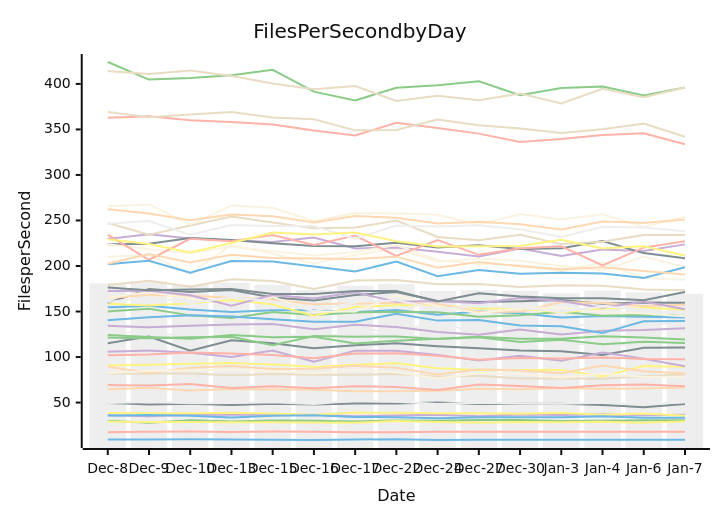
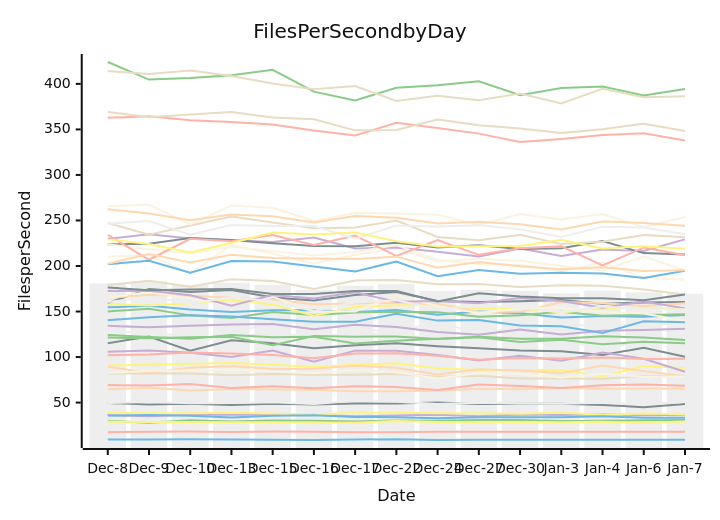
One commit to streetsidesoftware/cspell changed the diagram in perf-report.md. Above: the diagram before and after it, drawn with Mermaid (neutral theme). The commit also changed other lines of this file and 1 other file, not shown here.

````diff
--- a/perf-report.md
+++ b/perf-report.md
@@ -10,57 +10,57 @@
 ```mermaid
 xychart-beta
     title Files Per Second by Day
     y-axis Files per Second
     x-axis Date [Dec-8, Dec-9, Dec-10, Dec-13, Dec-15, Dec-16, Dec-17, Dec-22, Dec-24, Dec-27, Dec-30, Jan-3, Jan-4, Jan-6, Jan-7]
-    bar [180.95, 182.95, 179.19, 181.65, 179.36, 173.64, 178.43, 180.09, 172.48, 173.54, 172.79, 170.07, 172.98, 171.06, 169.41]
+    bar [180.95, 182.95, 179.19, 181.65, 179.36, 173.64, 178.43, 180.09, 172.48, 173.54, 172.79, 170.07, 172.98, 171.06, 169.55]
     line [9.33, 9.47, 9.61, 9.47, 9.27, 8.94, 9.45, 9.78, 8.90, 9.07, 9.12, 9.16, 9.11, 9.12, 9.24]
-    line [30.17, 27.90, 30.55, 29.22, 30.21, 30.10, 29.27, 30.24, 30.04, 30.99, 30.88, 29.79, 30.12, 30.58, 30.57]
-    line [36.16, 34.90, 36.59, 36.61, 36.51, 36.62, 35.07, 35.79, 36.55, 35.09, 36.98, 36.38, 37.08, 36.07, 36.59]
-    line [179.18, 183.86, 177.29, 185.44, 183.45, 174.84, 184.02, 184.52, 180.06, 180.25, 176.99, 178.92, 178.38, 174.22, 173.49]
-    line [17.46, 17.89, 18.13, 17.78, 18.13, 17.93, 17.37, 17.53, 18.08, 17.97, 17.93, 17.83, 17.83, 17.89, 17.87]
-    line [38.54, 38.36, 38.36, 38.81, 38.12, 36.63, 38.97, 38.70, 38.32, 38.26, 37.85, 38.77, 36.54, 38.02, 35.62]
-    line [115.20, 122.48, 107.06, 118.54, 115.18, 109.59, 113.00, 115.03, 111.88, 109.68, 107.07, 106.25, 102.14, 110.16, 110.54]
-    line [64.51, 66.15, 63.18, 64.91, 64.35, 64.10, 62.51, 62.39, 63.01, 65.26, 64.66, 65.89, 65.11, 65.47, 66.63]
-    line [210.15, 212.06, 191.55, 223.01, 213.39, 202.82, 212.32, 219.19, 204.86, 207.97, 205.76, 199.93, 194.96, 210.48, 198.78]
-    line [126.37, 128.11, 121.50, 122.96, 125.85, 122.14, 126.07, 124.95, 119.60, 119.43, 120.64, 117.82, 110.33, 116.53, 120.65]
-    line [154.58, 156.25, 152.15, 149.54, 151.43, 151.38, 149.35, 151.56, 146.50, 150.10, 148.04, 143.32, 145.06, 144.14, 143.40]
-    line [150.14, 153.13, 145.78, 142.78, 149.53, 146.32, 148.93, 149.89, 149.32, 144.39, 145.93, 149.70, 145.36, 146.19, 146.42]
-    line [229.87, 234.86, 230.17, 228.31, 226.27, 231.21, 219.13, 220.31, 215.56, 210.39, 219.17, 210.98, 218.13, 216.47, 223.76]
-    line [81.95, 82.06, 81.96, 79.96, 81.37, 80.53, 80.51, 81.49, 78.49, 79.44, 76.50, 76.34, 76.08, 79.03, 80.79]
-    line [362.78, 364.44, 360.18, 358.05, 355.49, 348.84, 343.31, 357.38, 351.53, 345.39, 336.17, 339.40, 343.93, 345.83, 333.80]
-    line [90.85, 91.43, 92.60, 93.37, 91.85, 89.18, 91.59, 93.06, 87.76, 85.72, 85.81, 85.78, 78.64, 90.27, 89.26]
-    line [223.81, 224.38, 230.73, 228.56, 225.00, 222.02, 221.71, 225.51, 220.33, 222.69, 218.79, 219.63, 227.40, 214.16, 208.46]
-    line [89.44, 82.46, 88.30, 90.18, 86.83, 87.07, 90.37, 88.26, 80.81, 86.47, 85.34, 82.22, 90.61, 84.54, 81.91]
-    line [223.76, 218.34, 214.11, 221.23, 216.34, 211.66, 215.40, 222.98, 206.68, 202.06, 201.20, 194.13, 203.79, 186.99, 184.82]
-    line [138.92, 129.58, 113.42, 125.88, 138.00, 137.98, 133.31, 125.20, 140.89, 123.76, 134.99, 132.64, 137.41, 133.47, 139.69]
-    line [35.78, 36.33, 35.41, 33.56, 35.56, 36.21, 34.19, 33.89, 32.69, 33.95, 33.78, 33.96, 34.86, 33.41, 33.29]
-    line [424.05, 404.78, 406.35, 409.54, 415.50, 391.53, 381.89, 395.71, 398.52, 402.79, 387.60, 395.60, 397.05, 387.31, 395.98]
-    line [134.36, 132.66, 134.27, 135.78, 136.38, 130.55, 135.39, 132.89, 127.54, 124.61, 130.19, 124.72, 128.97, 129.63, 131.55]
-    line [247.23, 234.36, 244.44, 254.37, 247.88, 241.35, 242.19, 249.98, 231.90, 228.38, 234.40, 224.05, 226.75, 234.01, 234.12]
-    line [234.25, 206.87, 229.87, 227.19, 234.07, 222.96, 233.49, 211.10, 228.39, 212.27, 219.38, 221.60, 200.66, 220.18, 227.07]
-    line [158.53, 156.72, 159.18, 162.67, 157.64, 145.39, 155.01, 156.77, 157.19, 153.46, 153.21, 148.91, 153.20, 154.41, 152.06]
-    line [159.51, 174.62, 171.51, 173.65, 165.49, 162.20, 168.07, 171.52, 161.55, 160.38, 161.25, 162.72, 158.59, 160.02, 159.56]
-    line [165.03, 168.12, 167.40, 165.15, 163.12, 158.04, 158.90, 159.56, 158.26, 149.38, 149.63, 160.44, 159.38, 155.94, 157.33]
-    line [265.50, 267.60, 245.47, 266.55, 263.96, 249.42, 258.13, 257.62, 256.30, 245.45, 257.10, 251.12, 256.72, 242.84, 254.26]
-    line [246.33, 249.46, 234.43, 245.12, 243.88, 243.97, 230.01, 244.43, 243.32, 244.74, 240.28, 231.82, 243.15, 242.35, 238.21]
-    line [201.98, 205.78, 192.58, 205.45, 204.82, 199.34, 194.10, 204.78, 188.75, 195.62, 191.45, 192.64, 191.68, 186.85, 198.57]
-    line [121.45, 120.76, 121.79, 122.20, 112.97, 123.23, 122.39, 122.57, 119.82, 121.66, 116.64, 119.03, 114.16, 116.74, 115.44]
-    line [105.91, 107.21, 104.66, 100.11, 107.13, 94.87, 107.05, 106.83, 102.33, 96.35, 101.39, 95.92, 105.11, 98.16, 89.91]
-    line [414.20, 410.80, 414.80, 408.65, 400.36, 394.11, 397.72, 381.16, 387.10, 382.18, 389.40, 378.43, 394.66, 385.25, 396.01]
-    line [101.95, 102.69, 105.10, 103.83, 102.19, 98.64, 104.01, 104.04, 101.53, 97.16, 99.08, 98.33, 99.60, 97.96, 97.48]
-    line [29.10, 28.75, 28.65, 28.35, 28.26, 28.09, 27.81, 29.86, 28.77, 27.94, 28.71, 28.29, 28.89, 27.76, 29.36]
-    line [49.59, 47.97, 48.84, 47.30, 48.59, 47.94, 49.07, 48.96, 49.98, 48.46, 48.82, 48.74, 47.38, 44.97, 48.48]
-    line [262.31, 257.60, 250.13, 256.58, 254.55, 247.67, 254.88, 252.93, 246.70, 248.73, 245.95, 240.13, 248.92, 247.35, 251.03]
-    line [165.08, 171.54, 164.38, 156.51, 166.27, 150.03, 149.99, 167.61, 155.99, 148.15, 153.37, 154.17, 149.42, 147.86, 144.77]
-    line [49.51, 50.73, 49.15, 49.54, 50.29, 48.39, 51.90, 50.84, 48.41, 49.94, 48.88, 48.70, 49.88, 48.16, 50.45]
-    line [140.38, 143.82, 145.78, 144.45, 141.51, 138.80, 138.75, 147.65, 140.01, 140.67, 134.58, 133.84, 126.46, 139.31, 139.70]
-    line [124.16, 122.14, 120.17, 124.20, 121.82, 122.30, 114.99, 117.98, 119.98, 122.26, 120.11, 120.07, 122.96, 121.36, 119.38]
-    line [172.44, 172.82, 167.78, 156.48, 168.20, 164.35, 171.17, 160.66, 161.47, 159.18, 164.75, 161.43, 154.09, 160.97, 152.39]
-    line [369.08, 363.46, 366.29, 369.00, 363.03, 361.09, 348.96, 349.43, 360.81, 354.60, 350.95, 345.98, 350.21, 356.35, 342.03]
-    line [69.32, 68.69, 70.43, 66.11, 67.91, 65.71, 68.06, 67.11, 63.78, 69.83, 68.15, 65.99, 69.11, 69.77, 68.06]
-    line [229.24, 224.19, 214.79, 225.36, 236.86, 234.70, 236.77, 227.25, 221.39, 221.64, 222.00, 228.77, 219.30, 221.68, 211.59]
-    line [176.41, 173.41, 174.24, 174.74, 169.36, 169.15, 172.44, 172.46, 160.97, 170.04, 166.42, 164.47, 164.70, 162.35, 171.33]
-    line [202.50, 213.14, 203.97, 212.22, 208.88, 208.37, 207.77, 210.28, 198.12, 204.40, 199.78, 196.30, 198.61, 194.45, 190.76]
-    line [82.54, 84.79, 85.17, 86.33, 84.51, 82.32, 85.67, 83.25, 76.44, 82.43, 81.41, 77.52, 81.68, 78.20, 78.38]
-    line [160.40, 166.00, 159.37, 165.42, 161.29, 150.68, 160.30, 162.32, 152.82, 156.10, 154.49, 149.59, 155.51, 152.61, 146.50]
+    line [30.17, 27.90, 30.55, 29.22, 30.21, 30.10, 29.27, 30.24, 30.04, 30.99, 30.88, 29.79, 30.12, 30.58, 30.78]
+    line [36.16, 34.90, 36.59, 36.61, 36.51, 36.62, 35.07, 35.79, 36.55, 35.09, 36.98, 36.38, 37.08, 36.07, 36.62]
+    line [179.18, 183.86, 177.29, 185.44, 183.45, 174.84, 184.02, 184.52, 180.06, 180.25, 176.99, 178.92, 178.38, 174.22, 168.62]
+    line [17.46, 17.89, 18.13, 17.78, 18.13, 17.93, 17.37, 17.53, 18.08, 17.97, 17.93, 17.83, 17.83, 17.89, 18.04]
+    line [38.54, 38.36, 38.36, 38.81, 38.12, 36.63, 38.97, 38.70, 38.32, 38.26, 37.85, 38.77, 36.54, 38.02, 37.24]
+    line [115.20, 122.48, 107.06, 118.54, 115.18, 109.59, 113.00, 115.03, 111.88, 109.68, 107.07, 106.25, 102.14, 110.16, 100.31]
+    line [64.51, 66.15, 63.18, 64.91, 64.35, 64.10, 62.51, 62.39, 63.01, 65.26, 64.66, 65.89, 65.11, 65.47, 65.21]
+    line [210.15, 212.06, 191.55, 223.01, 213.39, 202.82, 212.32, 219.19, 204.86, 207.97, 205.76, 199.93, 194.96, 210.48, 195.05]
+    line [126.37, 128.11, 121.50, 122.96, 125.85, 122.14, 126.07, 124.95, 119.60, 119.43, 120.64, 117.82, 110.33, 116.53, 120.24]
+    line [154.58, 156.25, 152.15, 149.54, 151.43, 151.38, 149.35, 151.56, 146.50, 150.10, 148.04, 143.32, 145.06, 144.14, 146.10]
+    line [150.14, 153.13, 145.78, 142.78, 149.53, 146.32, 148.93, 149.89, 149.32, 144.39, 145.93, 149.70, 145.36, 146.19, 147.01]
+    line [229.87, 234.86, 230.17, 228.31, 226.27, 231.21, 219.13, 220.31, 215.56, 210.39, 219.17, 210.98, 218.13, 216.47, 229.26]
+    line [81.95, 82.06, 81.96, 79.96, 81.37, 80.53, 80.51, 81.49, 78.49, 79.44, 76.50, 76.34, 76.08, 79.03, 79.27]
+    line [362.78, 364.44, 360.18, 358.05, 355.49, 348.84, 343.31, 357.38, 351.53, 345.39, 336.17, 339.40, 343.93, 345.83, 337.80]
+    line [90.85, 91.43, 92.60, 93.37, 91.85, 89.18, 91.59, 93.06, 87.76, 85.72, 85.81, 85.78, 78.64, 90.27, 87.84]
+    line [223.81, 224.38, 230.73, 228.56, 225.00, 222.02, 221.71, 225.51, 220.33, 222.69, 218.79, 219.63, 227.40, 214.16, 212.57]
+    line [89.44, 82.46, 88.30, 90.18, 86.83, 87.07, 90.37, 88.26, 80.81, 86.47, 85.34, 82.22, 90.61, 84.54, 78.87]
+    line [223.76, 218.34, 214.11, 221.23, 216.34, 211.66, 215.40, 222.98, 206.68, 202.06, 201.20, 194.13, 203.79, 186.99, 185.00]
+    line [138.92, 129.58, 113.42, 125.88, 138.00, 137.98, 133.31, 125.20, 140.89, 123.76, 134.99, 132.64, 137.41, 133.47, 138.80]
+    line [35.78, 36.33, 35.41, 33.56, 35.56, 36.21, 34.19, 33.89, 32.69, 33.95, 33.78, 33.96, 34.86, 33.41, 33.30]
+    line [424.05, 404.78, 406.35, 409.54, 415.50, 391.53, 381.89, 395.71, 398.52, 402.79, 387.60, 395.60, 397.05, 387.31, 394.51]
+    line [134.36, 132.66, 134.27, 135.78, 136.38, 130.55, 135.39, 132.89, 127.54, 124.61, 130.19, 124.72, 128.97, 129.63, 131.05]
+    line [247.23, 234.36, 244.44, 254.37, 247.88, 241.35, 242.19, 249.98, 231.90, 228.38, 234.40, 224.05, 226.75, 234.01, 231.71]
+    line [234.25, 206.87, 229.87, 227.19, 234.07, 222.96, 233.49, 211.10, 228.39, 212.27, 219.38, 221.60, 200.66, 220.18, 211.75]
+    line [158.53, 156.72, 159.18, 162.67, 157.64, 145.39, 155.01, 156.77, 157.19, 153.46, 153.21, 148.91, 153.20, 154.41, 152.60]
+    line [159.51, 174.62, 171.51, 173.65, 165.49, 162.20, 168.07, 171.52, 161.55, 160.38, 161.25, 162.72, 158.59, 160.02, 160.45]
+    line [165.03, 168.12, 167.40, 165.15, 163.12, 158.04, 158.90, 159.56, 158.26, 149.38, 149.63, 160.44, 159.38, 155.94, 159.16]
+    line [265.50, 267.60, 245.47, 266.55, 263.96, 249.42, 258.13, 257.62, 256.30, 245.45, 257.10, 251.12, 256.72, 242.84, 253.75]
+    line [246.33, 249.46, 234.43, 245.12, 243.88, 243.97, 230.01, 244.43, 243.32, 244.74, 240.28, 231.82, 243.15, 242.35, 234.85]
+    line [201.98, 205.78, 192.58, 205.45, 204.82, 199.34, 194.10, 204.78, 188.75, 195.62, 191.45, 192.64, 191.68, 186.85, 194.86]
+    line [121.45, 120.76, 121.79, 122.20, 112.97, 123.23, 122.39, 122.57, 119.82, 121.66, 116.64, 119.03, 114.16, 116.74, 115.14]
+    line [105.91, 107.21, 104.66, 100.11, 107.13, 94.87, 107.05, 106.83, 102.33, 96.35, 101.39, 95.92, 105.11, 98.16, 83.87]
+    line [414.20, 410.80, 414.80, 408.65, 400.36, 394.11, 397.72, 381.16, 387.10, 382.18, 389.40, 378.43, 394.66, 385.25, 386.48]
+    line [101.95, 102.69, 105.10, 103.83, 102.19, 98.64, 104.01, 104.04, 101.53, 97.16, 99.08, 98.33, 99.60, 97.96, 98.11]
+    line [29.10, 28.75, 28.65, 28.35, 28.26, 28.09, 27.81, 29.86, 28.77, 27.94, 28.71, 28.29, 28.89, 27.76, 29.24]
+    line [49.59, 47.97, 48.84, 47.30, 48.59, 47.94, 49.07, 48.96, 49.98, 48.46, 48.82, 48.74, 47.38, 44.97, 48.37]
+    line [262.31, 257.60, 250.13, 256.58, 254.55, 247.67, 254.88, 252.93, 246.70, 248.73, 245.95, 240.13, 248.92, 247.35, 244.19]
+    line [165.08, 171.54, 164.38, 156.51, 166.27, 150.03, 149.99, 167.61, 155.99, 148.15, 153.37, 154.17, 149.42, 147.86, 139.80]
+    line [49.51, 50.73, 49.15, 49.54, 50.29, 48.39, 51.90, 50.84, 48.41, 49.94, 48.88, 48.70, 49.88, 48.16, 50.58]
+    line [140.38, 143.82, 145.78, 144.45, 141.51, 138.80, 138.75, 147.65, 140.01, 140.67, 134.58, 133.84, 126.46, 139.31, 138.22]
+    line [124.16, 122.14, 120.17, 124.20, 121.82, 122.30, 114.99, 117.98, 119.98, 122.26, 120.11, 120.07, 122.96, 121.36, 118.78]
+    line [172.44, 172.82, 167.78, 156.48, 168.20, 164.35, 171.17, 160.66, 161.47, 159.18, 164.75, 161.43, 154.09, 160.97, 153.47]
+    line [369.08, 363.46, 366.29, 369.00, 363.03, 361.09, 348.96, 349.43, 360.81, 354.60, 350.95, 345.98, 350.21, 356.35, 348.28]
+    line [69.32, 68.69, 70.43, 66.11, 67.91, 65.71, 68.06, 67.11, 63.78, 69.83, 68.15, 65.99, 69.11, 69.77, 68.55]
+    line [229.24, 224.19, 214.79, 225.36, 236.86, 234.70, 236.77, 227.25, 221.39, 221.64, 222.00, 228.77, 219.30, 221.68, 219.02]
+    line [176.41, 173.41, 174.24, 174.74, 169.36, 169.15, 172.44, 172.46, 160.97, 170.04, 166.42, 164.47, 164.70, 162.35, 168.62]
+    line [202.50, 213.14, 203.97, 212.22, 208.88, 208.37, 207.77, 210.28, 198.12, 204.40, 199.78, 196.30, 198.61, 194.45, 195.32]
+    line [82.54, 84.79, 85.17, 86.33, 84.51, 82.32, 85.67, 83.25, 76.44, 82.43, 81.41, 77.52, 81.68, 78.20, 78.55]
+    line [160.40, 166.00, 159.37, 165.42, 161.29, 150.68, 160.30, 162.32, 152.82, 156.10, 154.49, 149.59, 155.51, 152.61, 152.48]
 ```
````
